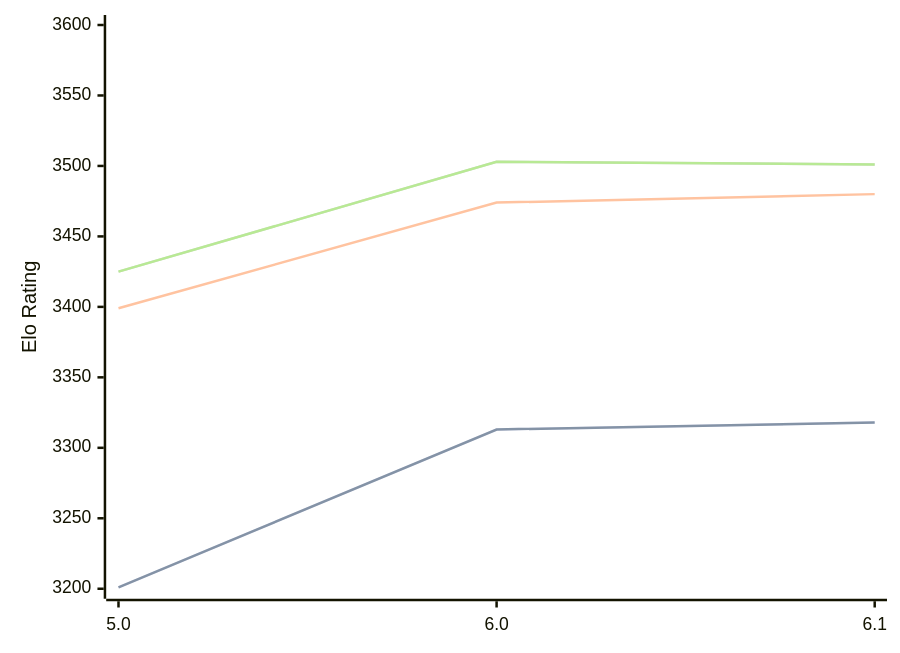
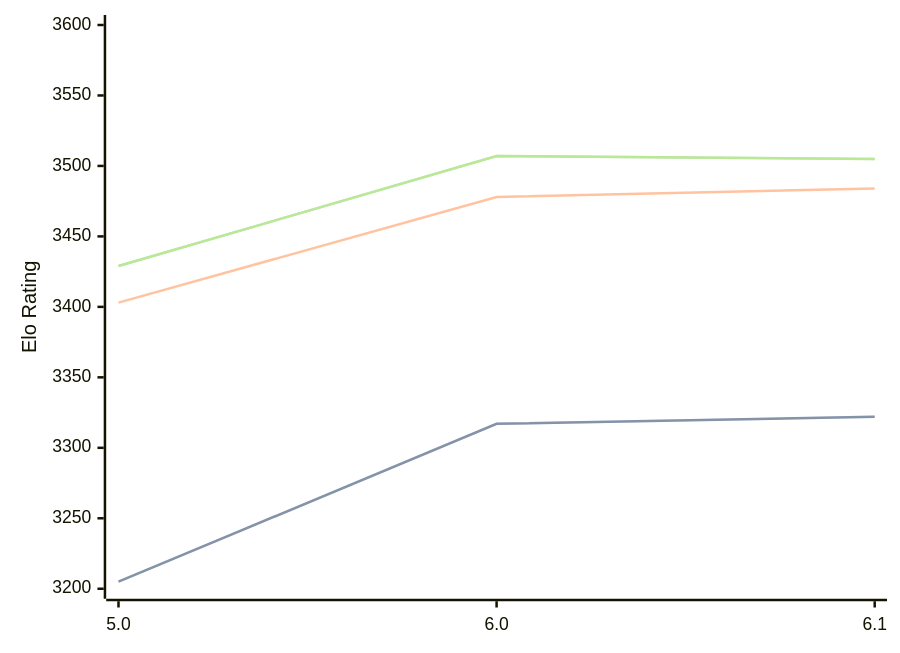
The diagram in engines/Starzix.md (computer-chess-index/cci), drawn with Mermaid before and after one commit. The commit also changed other lines of this file, not shown here.

Commit message:
Update CCI Ratings (ELO VLTC) - 2026-08-18

````diff
--- a/engines/Starzix.md
+++ b/engines/Starzix.md
@@ -33,11 +33,11 @@
 ```mermaid
 %%{init: {"theme":"base","themeVariables":{"seriesColors:['#a3a3a3','#222221','#faa371']}}}%%
 xychart-beta
   x-axis ["5.0", "6.0", "6.1"]
   y-axis "Elo Rating" 3200 --> 3600
-  line "STC (8.0+0.08s)" [3201, 3313, 3318]
-  line "STC (8.0+0.08s)" [3201, 3313, 3318]
-  line "LTC (60.0+0.60s)" [3399, 3474, 3480]
-  line "VLTC (2m24s+1.12s)" [3425, 3503, 3501]
-  line "VLTC (2m24s+1.12s)" [3425, 3503, 3501]
+  line "STC (8.0+0.08s)" [3205, 3317, 3322]
+  line "STC (8.0+0.08s)" [3205, 3317, 3322]
+  line "LTC (60.0+0.60s)" [3403, 3478, 3484]
+  line "VLTC (2m24s+1.12s)" [3429, 3507, 3505]
+  line "VLTC (2m24s+1.12s)" [3429, 3507, 3505]
 ```
````
